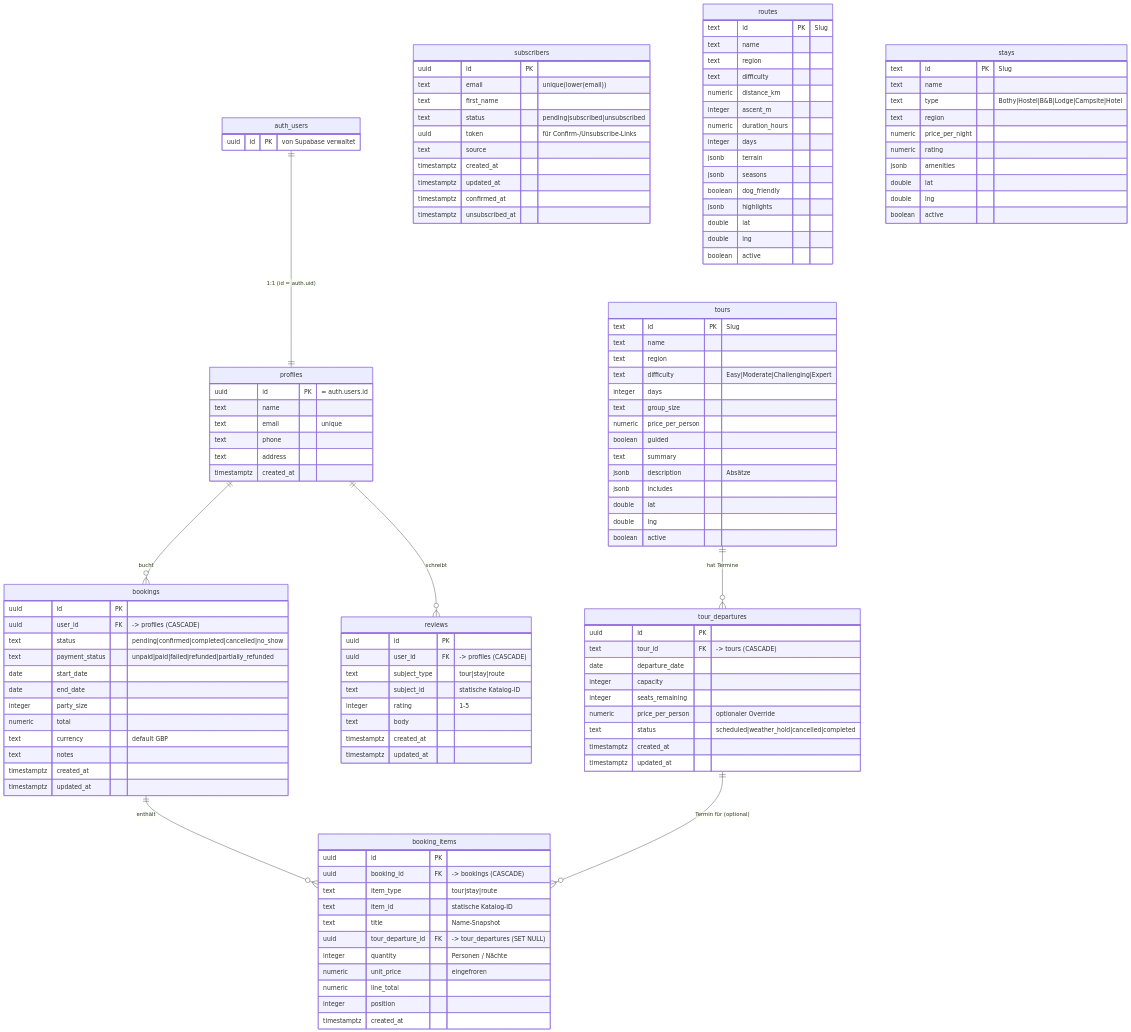
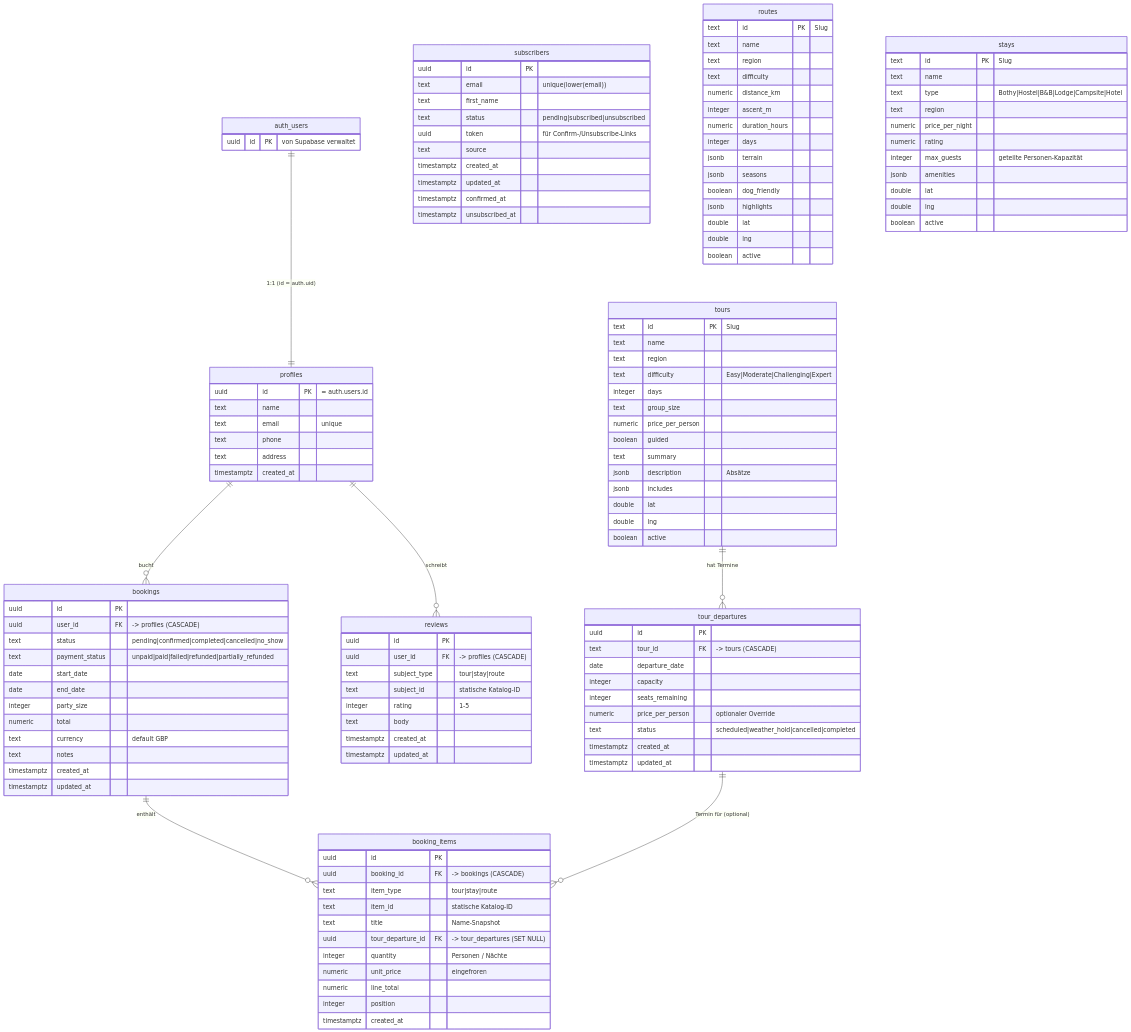
Before and after one commit to RockyourStudium/HIKE_SCOTLAND: the diagram in supabase/README.md, drawn with Mermaid. The commit also changed other lines of this file and 3 other files, not shown here.

```diff
--- a/supabase/README.md
+++ b/supabase/README.md
@@ -142,6 +142,7 @@
         text          region
         numeric       price_per_night
         numeric       rating
+        integer       max_guests  "geteilte Personen-Kapazität"
         jsonb         amenities
         double        lat
         double        lng
```
